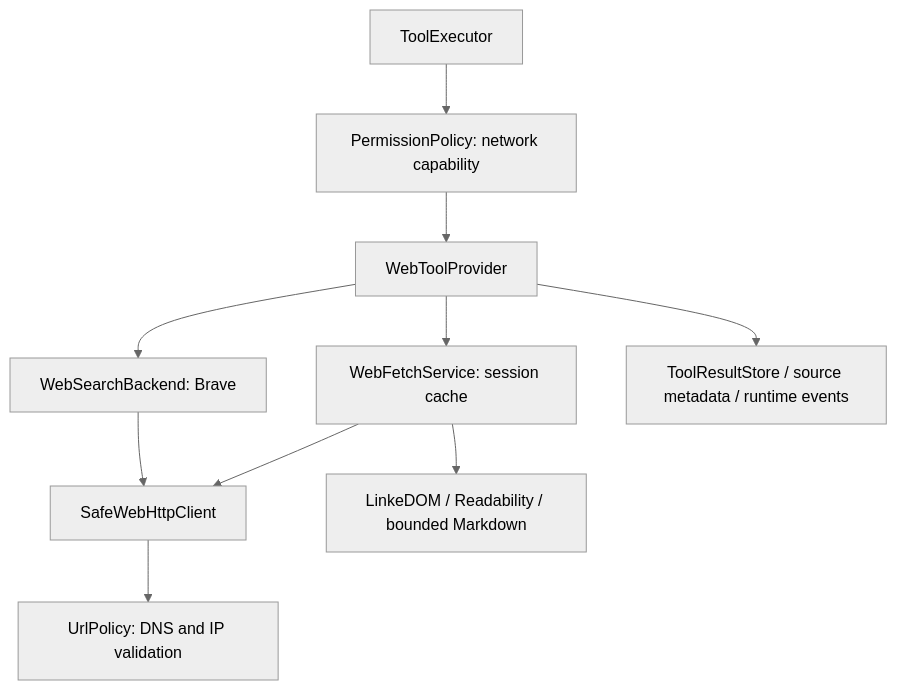
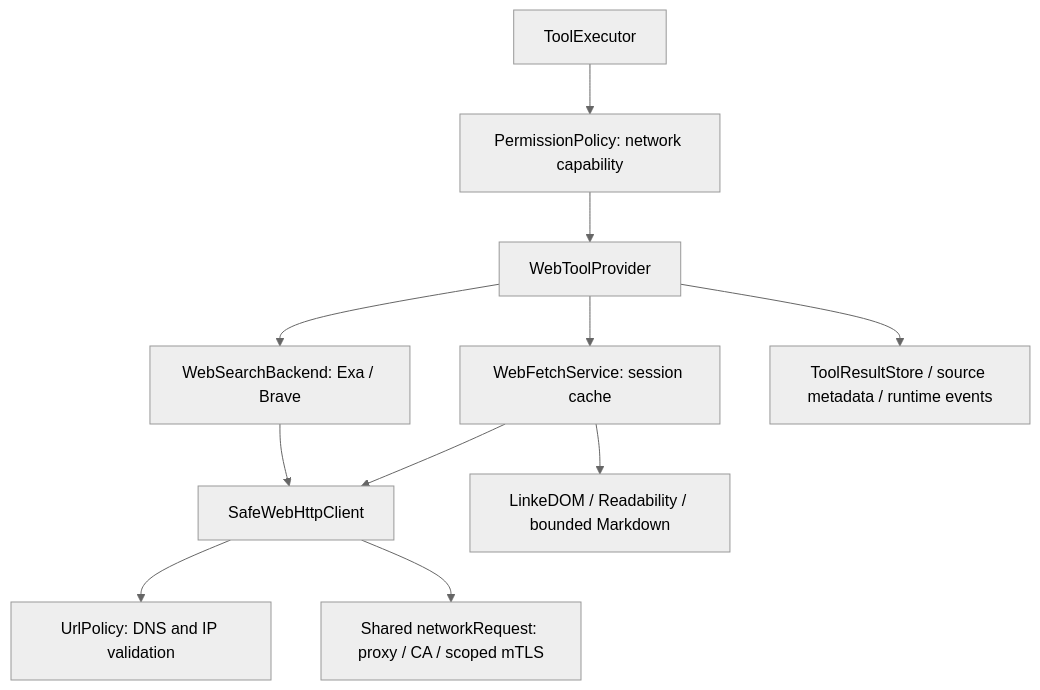
The third of 4 diagrams in docs/architecture.md (TheAsrada/ChiselCode), drawn with Mermaid (neutral theme) before and after one commit. The commit also changed other lines of this file and 42 other files, not shown here.

Commit message:
feat(web): add keyless search and corporate network support

````diff
--- a/docs/architecture.md
+++ b/docs/architecture.md
@@ -77,12 +81,13 @@
 ```mermaid
 flowchart TD
   Executor[ToolExecutor] --> Policy[PermissionPolicy: network capability]
   Policy --> Web[WebToolProvider]
-  Web --> Search[WebSearchBackend: Brave]
+  Web --> Search[WebSearchBackend: Exa / Brave]
   Web --> Fetch[WebFetchService: session cache]
   Search --> HTTP[SafeWebHttpClient]
   Fetch --> HTTP
   HTTP --> URL[UrlPolicy: DNS and IP validation]
+  HTTP --> Network[Shared networkRequest: proxy / CA / scoped mTLS]
   Fetch --> Extract[LinkeDOM / Readability / bounded Markdown]
   Web --> Results[ToolResultStore / source metadata / runtime events]
 ```
````
